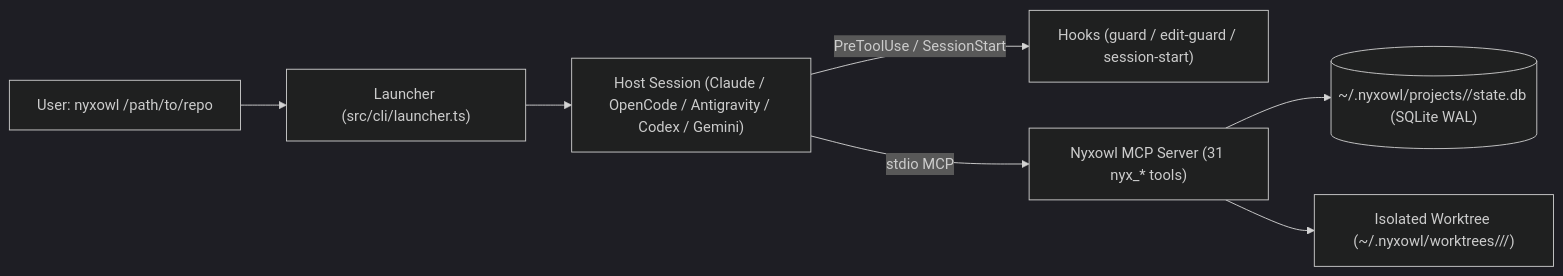
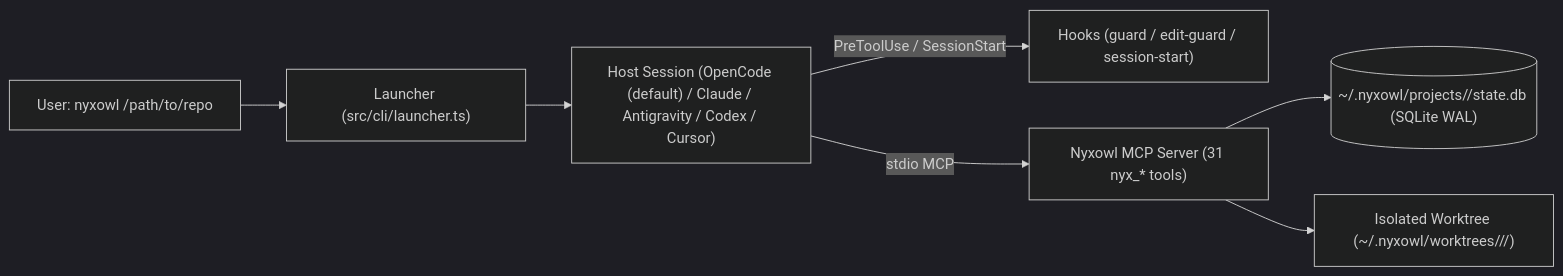
The diagram in docs/architecture.md (nightowl6am-lab/nyxowl), drawn with Mermaid (dark theme) before and after one commit. The commit also changed 27 other files, not shown here.

First line of the commit message:
feat(hosts): make OpenCode the first-class Linux host

````diff
--- a/docs/architecture.md
+++ b/docs/architecture.md
@@ -10,9 +10,9 @@
 ```mermaid
 flowchart LR
     U["User: nyxowl /path/to/repo"] --> L["Launcher (src/cli/launcher.ts)"]
-    L --> H["Host Session (Claude / OpenCode / Antigravity / Codex / Gemini)"]
+    L --> H["Host Session (OpenCode (default) / Claude / Antigravity / Codex / Cursor)"]
     H -- "PreToolUse / SessionStart" --> HK["Hooks (guard / edit-guard / session-start)"]
     H -- "stdio MCP" --> M["Nyxowl MCP Server (31 nyx_* tools)"]
     M --> DB[("~/.nyxowl/projects/<repo-id>/state.db (SQLite WAL)")]
     M --> WT["Isolated Worktree (~/.nyxowl/worktrees/<repo-id>/<slug>/)"]
 ```
````
